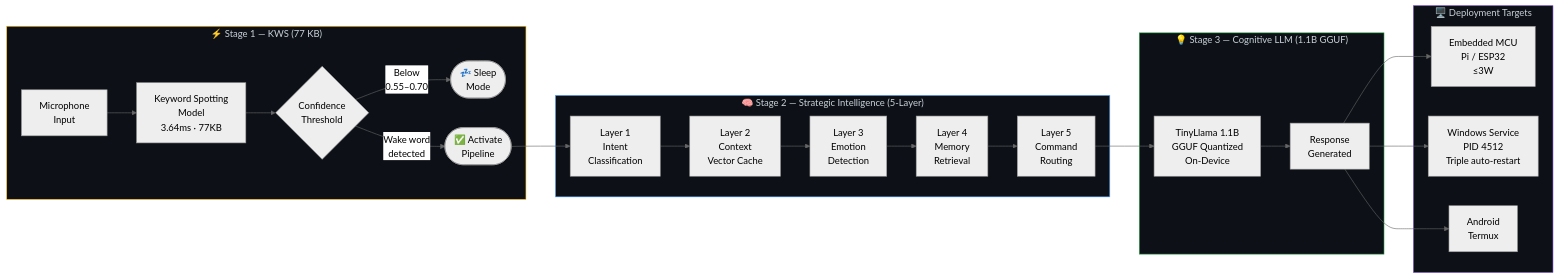
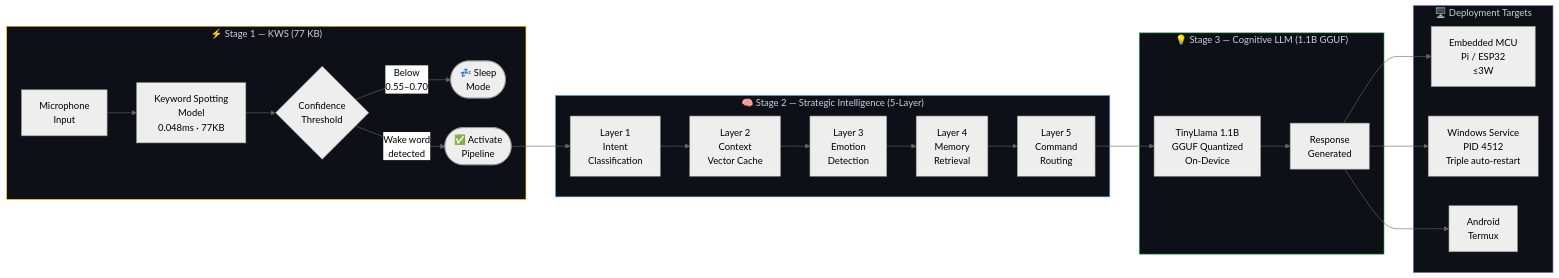
The first of 4 diagrams in README.md (Ariyan-Pro/Edge-TinyML-Project), drawn with Mermaid (neutral theme) before and after one commit. The commit also changed other lines of this file and 2 other files, not shown here.

````diff
--- a/README.md
+++ b/README.md
@@ -88,33 +90,33 @@
 ```mermaid
 graph LR
     subgraph STAGE1["⚡ Stage 1 — KWS (77 KB)"]
-        MIC[Microphone\nInput] --> KWS[Keyword Spotting\nModel\n3.64ms · 77KB]
+        MIC[Microphone\nInput] --> KWS[Keyword Spotting\nModel\n0.048ms · 77KB]
         KWS --> THRESH{Confidence\nThreshold}
         THRESH -- "Below\n0.55–0.70" --> SLEEP([💤 Sleep\nMode])
         THRESH -- "Wake word\ndetected" --> AWAKE([✅ Activate\nPipeline])
     end
 
     subgraph STAGE2["🧠 Stage 2 — Strategic Intelligence (5-Layer)"]
         AWAKE --> S1[Layer 1\nIntent\nClassification]
         S1 --> S2[Layer 2\nContext\nVector Cache]
         S2 --> S3[Layer 3\nEmotion\nDetection]
         S3 --> S4[Layer 4\nMemory\nRetrieval]
         S4 --> S5[Layer 5\nCommand\nRouting]
     end
 
     subgraph STAGE3["💡 Stage 3 — Cognitive LLM (1.1B GGUF)"]
         S5 --> LLM[TinyLlama 1.1B\nGGUF Quantized\nOn-Device]
         LLM --> OUT[Response\nGenerated]
     end
 
     subgraph DEPLOY["🖥️ Deployment Targets"]
         OUT --> MCU[Embedded MCU\nPi / ESP32\n≤3W]
         OUT --> WIN[Windows Service\nPID 4512\nTriple auto-restart]
         OUT --> AND[Android\nTermux]
     end
 
     style STAGE1 fill:#0d1117,stroke:#ffc107,color:#c9d1d9
     style STAGE2 fill:#0d1117,stroke:#58a6ff,color:#c9d1d9
     style STAGE3 fill:#0d1117,stroke:#28a745,color:#c9d1d9
     style DEPLOY fill:#0d1117,stroke:#6f42c1,color:#c9d1d9
 ```
````
